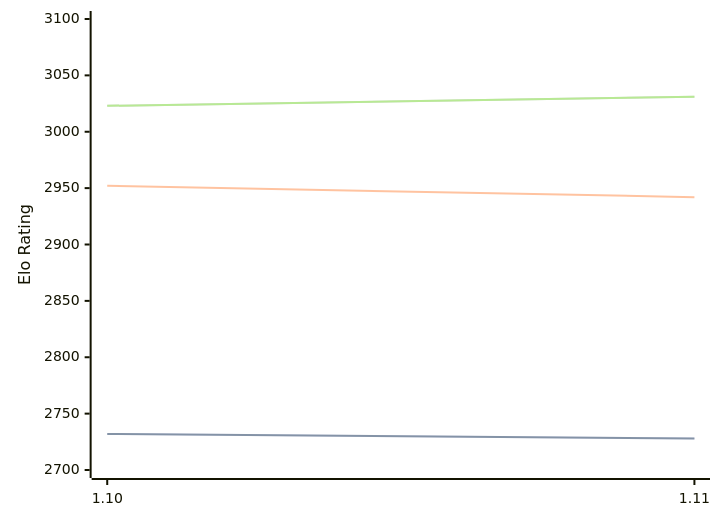
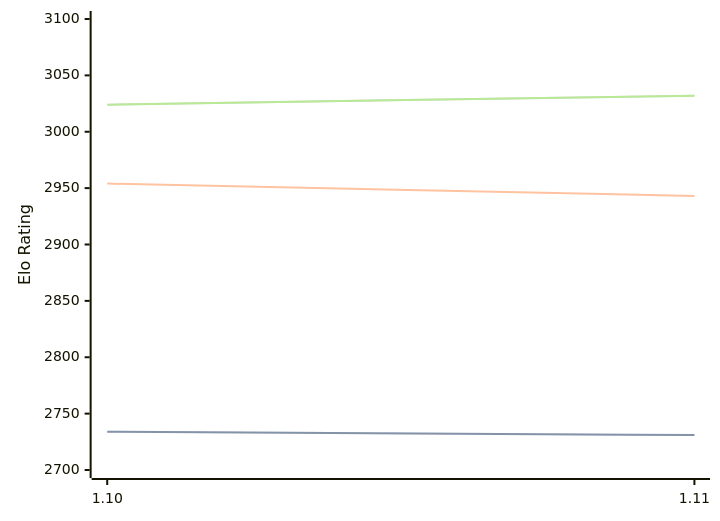
Before and after one commit to computer-chess-index/cci: the diagram in engines/Roc.md, drawn with Mermaid. The commit also changed other lines of this file, not shown here.

Commit message:
Update CCI Ratings (ELO VLTC) - 2026-08-22

````diff
--- a/engines/Roc.md
+++ b/engines/Roc.md
@@ -42,11 +42,11 @@
 ```mermaid
 %%{init: {"theme":"base","themeVariables":{"seriesColors:['#a3a3a3','#222221','#faa371']}}}%%
 xychart-beta
   x-axis ["1.10", "1.11"]
   y-axis "Elo Rating" 2700 --> 3100
-  line "STC (8.0+0.08s)" [2732, 2728]
-  line "STC (8.0+0.08s)" [2732, 2728]
-  line "LTC (60.0+0.60s)" [2952, 2942]
-  line "VLTC (2m24s+1.12s)" [3023, 3031]
-  line "VLTC (2m24s+1.12s)" [3023, 3031]
+  line "STC (8.0+0.08s)" [2734, 2731]
+  line "STC (8.0+0.08s)" [2734, 2731]
+  line "LTC (60.0+0.60s)" [2954, 2943]
+  line "VLTC (2m24s+1.12s)" [3024, 3032]
+  line "VLTC (2m24s+1.12s)" [3024, 3032]
 ```
````
